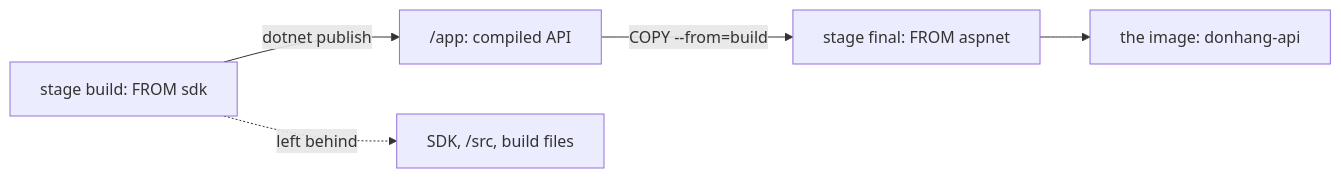
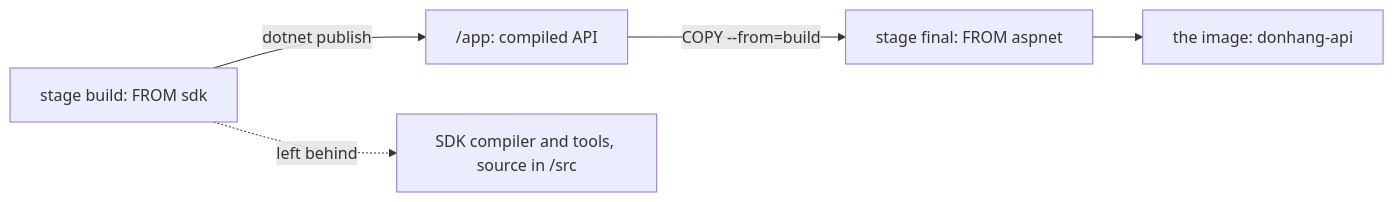
The diagram in content/tracks/devops/docker/devops.l1.multi-stage-builds.en.md (duyan11110/lo-trinh-architect), drawn with Mermaid before and after one commit. The commit also changed other lines of this file and 2 other files, not shown here.

````diff
--- a/content/tracks/devops/docker/devops.l1.multi-stage-builds.en.md
+++ b/content/tracks/devops/docker/devops.l1.multi-stage-builds.en.md
@@ -37,7 +39,7 @@
 ```mermaid
 flowchart LR
   S[stage build: FROM sdk] -->|dotnet publish| O["/app: compiled API"]
   O -->|COPY --from=build| F[stage final: FROM aspnet]
-  S -.left behind.-> X[SDK, /src, build files]
+  S -.left behind.-> X[SDK compiler and tools, source in /src]
   F --> I[the image: donhang-api]
 ```
````
